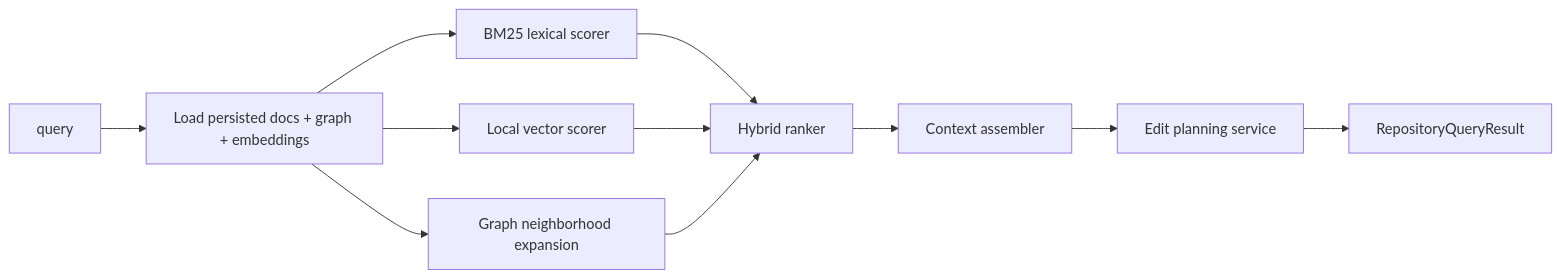
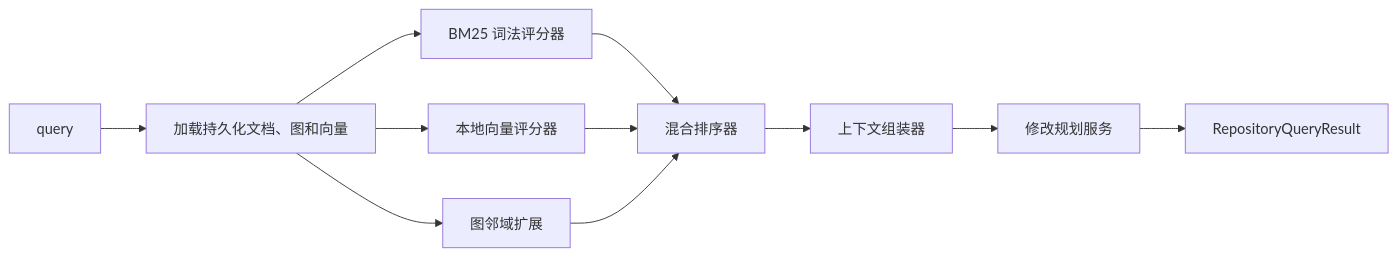
One commit to Gavinluo/Oscar changed the third of 4 diagrams in ARCHITECTURE.md. Above: the diagram before and after it, drawn with Mermaid. The commit also changed other lines of this file and 15 other files, not shown here.

````diff
--- a/ARCHITECTURE.md
+++ b/ARCHITECTURE.md
@@ -68,13 +67,13 @@
 ```mermaid
 flowchart LR
-    A["query"] --> B["Load persisted docs + graph + embeddings"]
-    B --> C["BM25 lexical scorer"]
-    B --> D["Local vector scorer"]
-    B --> E["Graph neighborhood expansion"]
-    C --> F["Hybrid ranker"]
+    A["query"] --> B["加载持久化文档、图和向量"]
+    B --> C["BM25 词法评分器"]
+    B --> D["本地向量评分器"]
+    B --> E["图邻域扩展"]
+    C --> F["混合排序器"]
     D --> F
     E --> F
-    F --> G["Context assembler"]
-    G --> H["Edit planning service"]
+    F --> G["上下文组装器"]
+    G --> H["修改规划服务"]
     H --> I["RepositoryQueryResult"]
 ```
````
